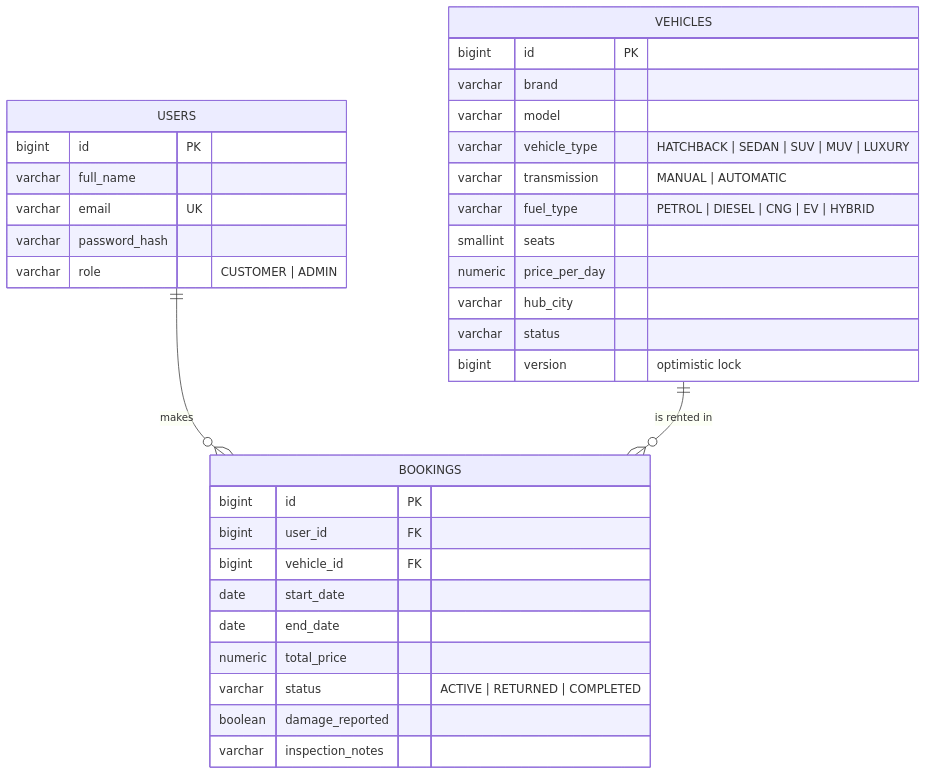
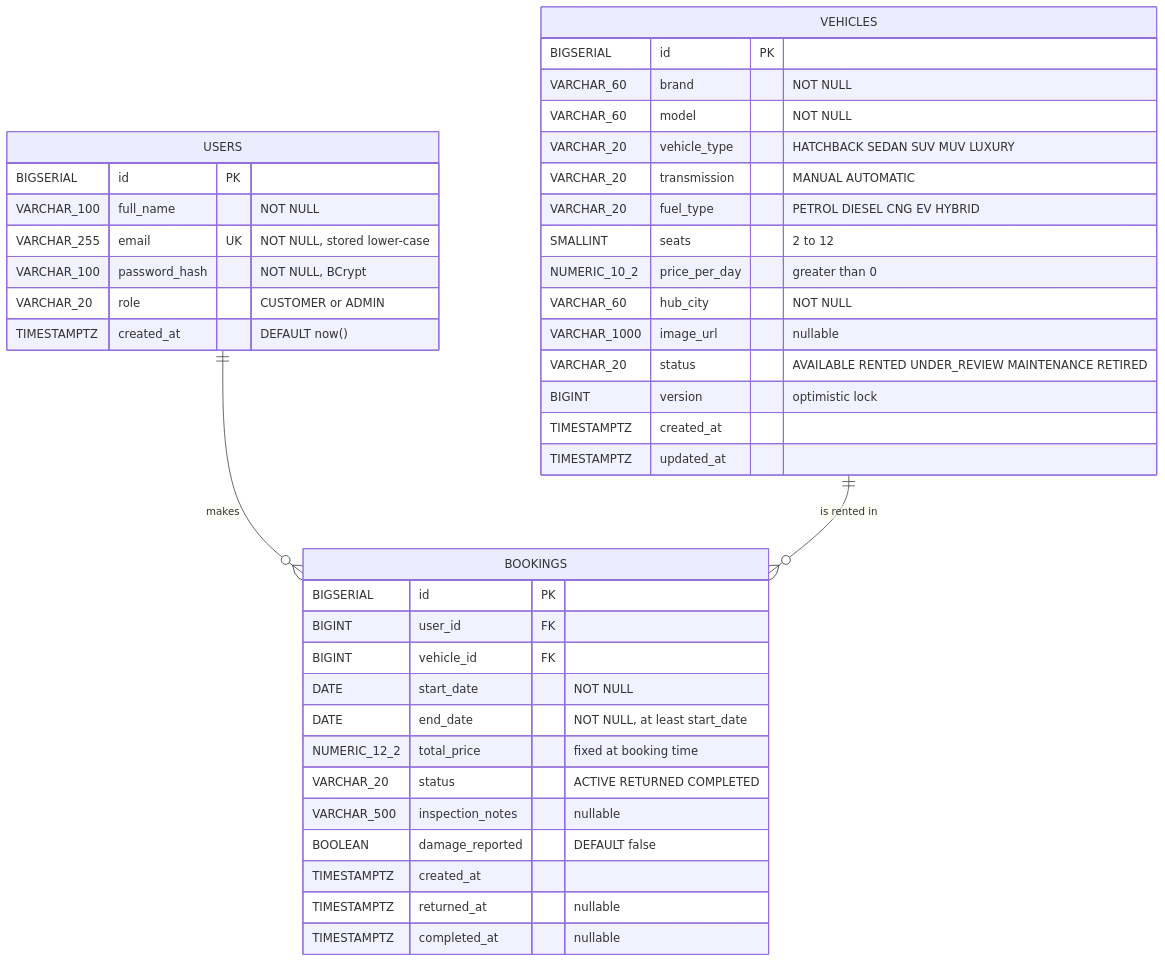
One commit to siddharthpaul2005/vehicle-renting-system changed the fifth of 5 diagrams in README.md. Above: the diagram before and after it, drawn with Mermaid. The commit also changed other lines of this file and 5 other files, not shown here.

````diff
--- a/README.md
+++ b/README.md
@@ -134,36 +333,46 @@
 ```mermaid
 erDiagram
-    USERS ||--o{ BOOKINGS : makes
+    USERS ||--o{ BOOKINGS : "makes"
     VEHICLES ||--o{ BOOKINGS : "is rented in"
+
     USERS {
-        bigint id PK
-        varchar full_name
-        varchar email UK
-        varchar password_hash
-        varchar role "CUSTOMER | ADMIN"
+        BIGSERIAL id PK
+        VARCHAR_100 full_name "NOT NULL"
+        VARCHAR_255 email UK "NOT NULL, stored lower-case"
+        VARCHAR_100 password_hash "NOT NULL, BCrypt"
+        VARCHAR_20 role "CUSTOMER or ADMIN"
+        TIMESTAMPTZ created_at "DEFAULT now()"
     }
+
     VEHICLES {
-        bigint id PK
-        varchar brand
-        varchar model
-        varchar vehicle_type "HATCHBACK | SEDAN | SUV | MUV | LUXURY"
-        varchar transmission "MANUAL | AUTOMATIC"
-        varchar fuel_type "PETROL | DIESEL | CNG | EV | HYBRID"
-        smallint seats
-        numeric price_per_day
-        varchar hub_city
-        varchar status
-        bigint version "optimistic lock"
+        BIGSERIAL id PK
+        VARCHAR_60 brand "NOT NULL"
+        VARCHAR_60 model "NOT NULL"
+        VARCHAR_20 vehicle_type "HATCHBACK SEDAN SUV MUV LUXURY"
+        VARCHAR_20 transmission "MANUAL AUTOMATIC"
+        VARCHAR_20 fuel_type "PETROL DIESEL CNG EV HYBRID"
+        SMALLINT seats "2 to 12"
+        NUMERIC_10_2 price_per_day "greater than 0"
+        VARCHAR_60 hub_city "NOT NULL"
+        VARCHAR_1000 image_url "nullable"
+        VARCHAR_20 status "AVAILABLE RENTED UNDER_REVIEW MAINTENANCE RETIRED"
+        BIGINT version "optimistic lock"
+        TIMESTAMPTZ created_at
+        TIMESTAMPTZ updated_at
     }
+
     BOOKINGS {
-        bigint id PK
-        bigint user_id FK
-        bigint vehicle_id FK
-        date start_date
-        date end_date
-        numeric total_price
-        varchar status "ACTIVE | RETURNED | COMPLETED"
-        boolean damage_reported
-        varchar inspection_notes
+        BIGSERIAL id PK
+        BIGINT user_id FK
+        BIGINT vehicle_id FK
+        DATE start_date "NOT NULL"
+        DATE end_date "NOT NULL, at least start_date"
+        NUMERIC_12_2 total_price "fixed at booking time"
+        VARCHAR_20 status "ACTIVE RETURNED COMPLETED"
+        VARCHAR_500 inspection_notes "nullable"
+        BOOLEAN damage_reported "DEFAULT false"
+        TIMESTAMPTZ created_at
+        TIMESTAMPTZ returned_at "nullable"
+        TIMESTAMPTZ completed_at "nullable"
     }
 ```
````
